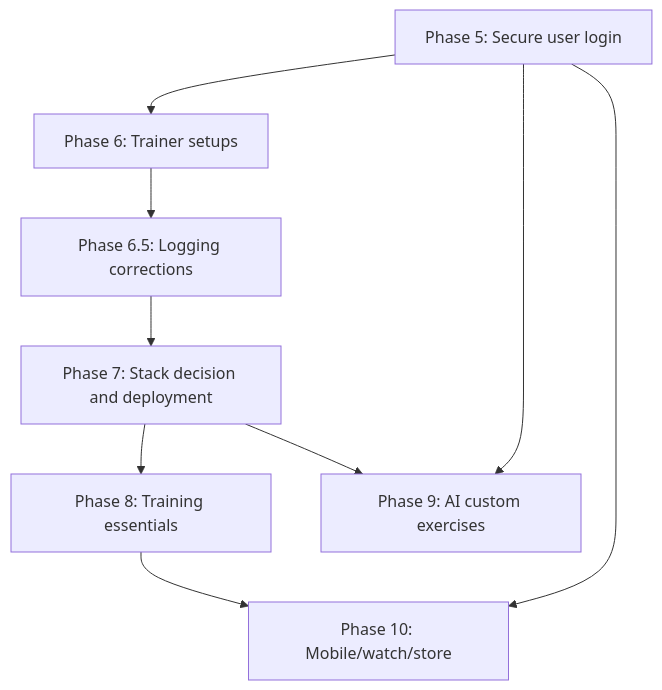
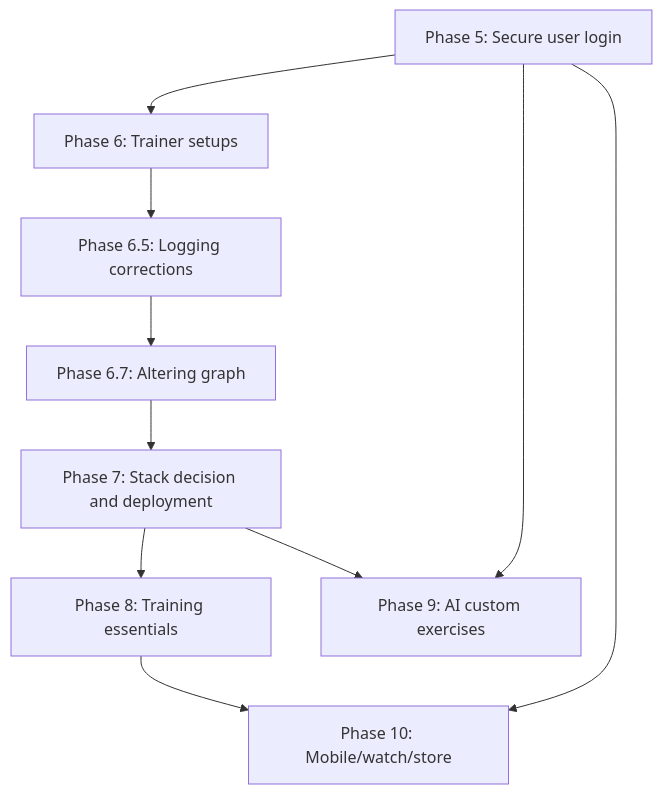
The diagram in docs/ROADMAP.md (justins-li/Body-Shop), drawn with Mermaid before and after one commit. The commit also changed other lines of this file, not shown here.

Commit message:
phase 6.7

````diff
--- a/docs/ROADMAP.md
+++ b/docs/ROADMAP.md
@@ -105,11 +117,12 @@
 ```mermaid
 graph TD
   P5[Phase 5: Secure user login] --> P6[Phase 6: Trainer setups]
   P6 --> P65[Phase 6.5: Logging corrections]
-  P65 --> P7[Phase 7: Stack decision and deployment]
+  P65 --> P67[Phase 6.7: Altering graph]
+  P67 --> P7[Phase 7: Stack decision and deployment]
   P7 --> P8[Phase 8: Training essentials]
   P5 --> P9[Phase 9: AI custom exercises]
   P7 --> P9
   P8 --> P10[Phase 10: Mobile/watch/store]
   P5 --> P10
 ```
````
